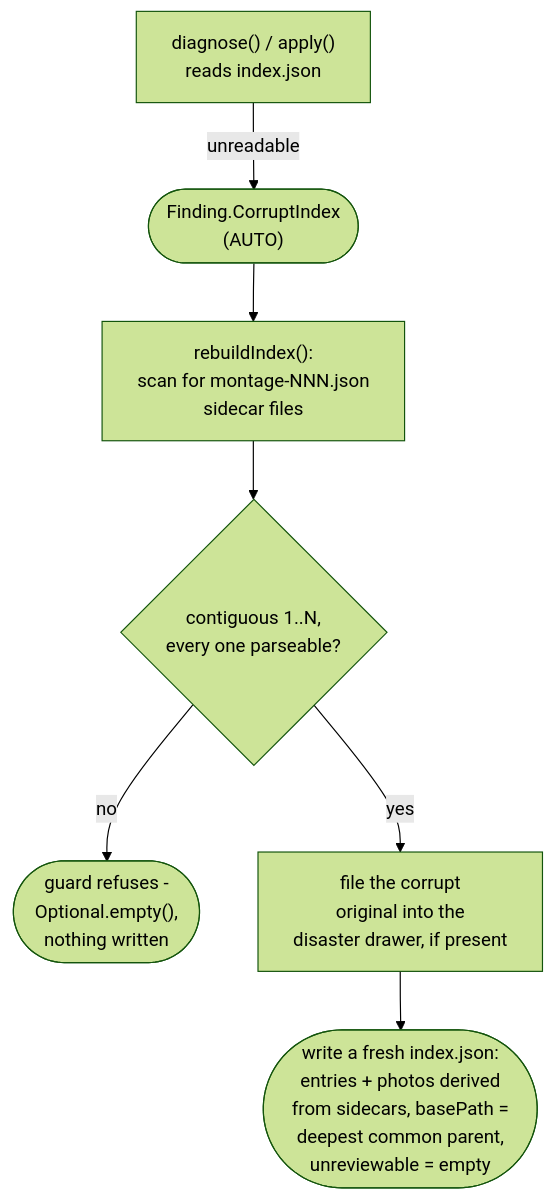
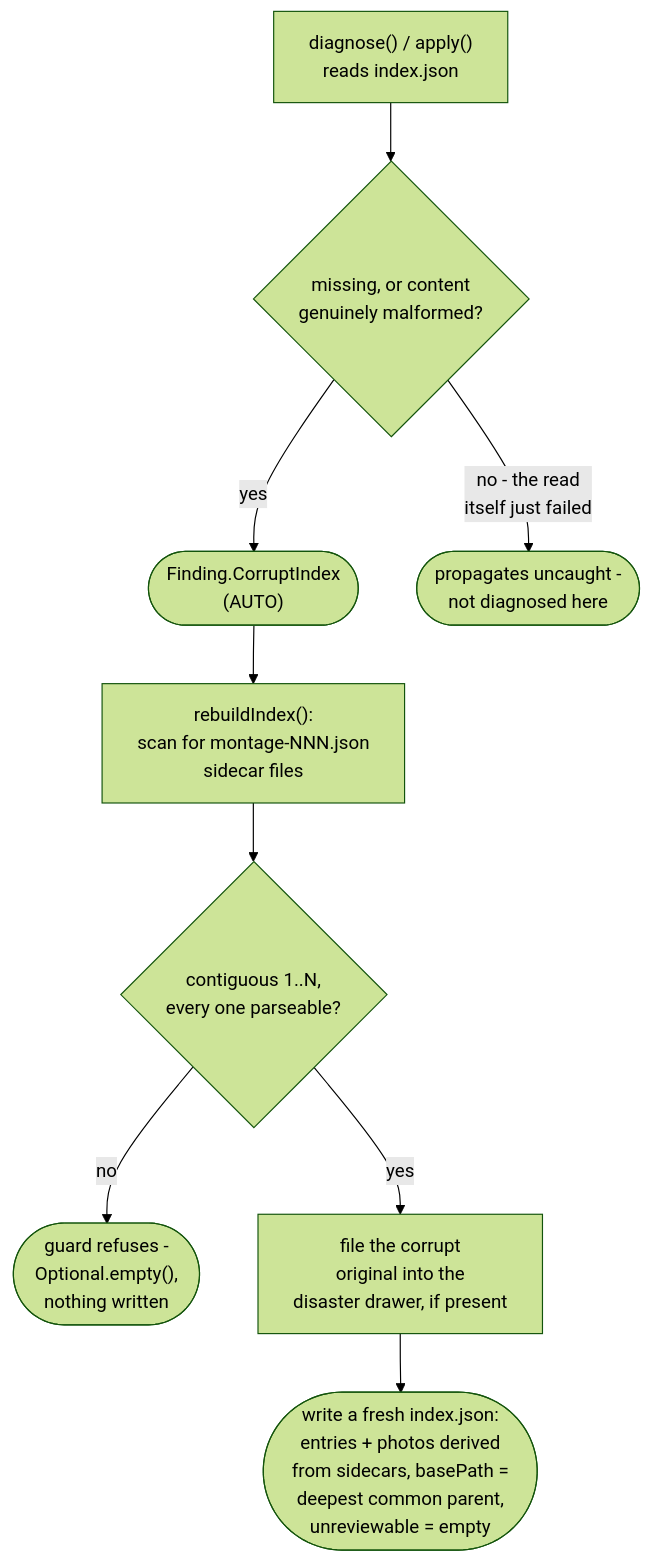
One commit to AdrianNachev91/sluice changed the second of 3 diagrams in app/docs/design/application/service/prep-dir-remedies.md. Above: the diagram before and after it, drawn with Mermaid (forest theme). The commit also changed other lines of this file and 14 other files, not shown here.

First line of the commit message:
fix(java-port): Phase 13-prep2 chunk 6 - hardening quartet (#14, #15, readIndex, pairing canary)

````diff
--- a/app/docs/design/application/service/prep-dir-remedies.md
+++ b/app/docs/design/application/service/prep-dir-remedies.md
@@ -84,9 +91,11 @@
 ```mermaid
 flowchart TD
-    A["diagnose() / apply()<br/>reads index.json"] -- unreadable --> B(["Finding.CorruptIndex<br/>(AUTO)"])
+    A["diagnose() / apply()<br/>reads index.json"] --> Z{"missing, or content<br/>genuinely malformed?"}
+    Z -- yes --> B(["Finding.CorruptIndex<br/>(AUTO)"])
+    Z -- "no - the read<br/>itself just failed" --> P(["propagates uncaught -<br/>not diagnosed here"])
     B --> C["rebuildIndex():<br/>scan for montage-NNN.json<br/>sidecar files"]
     C --> D{"contiguous 1..N,<br/>every one parseable?"}
     D -- no --> E(["guard refuses -<br/>Optional.empty(),<br/>nothing written"])
     D -- yes --> F["file the corrupt<br/>original into the<br/>disaster drawer, if present"]
     F --> G(["write a fresh index.json:<br/>entries + photos derived<br/>from sidecars, basePath =<br/>deepest common parent,<br/>unreviewable = empty"])
 ```
````
